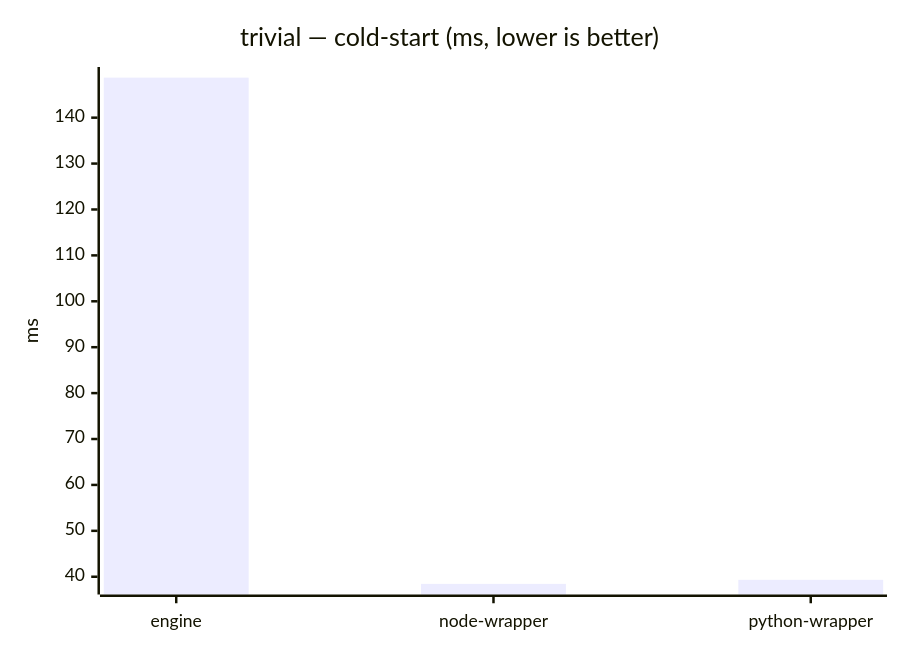
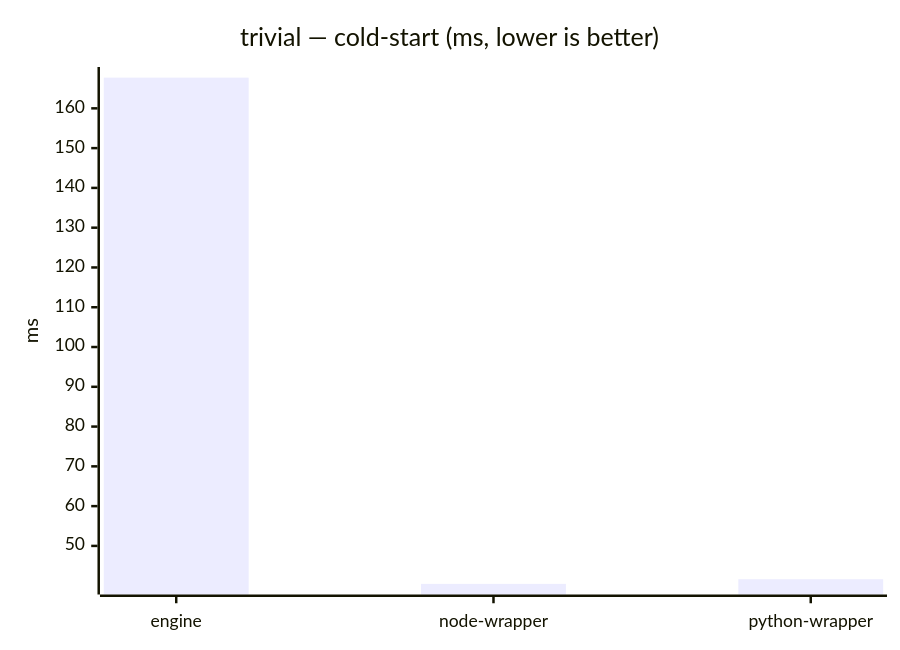
The first of 23 diagrams in benchmarks/report/RESULTS.md (mulesoft/data-weave-cli), drawn with Mermaid before and after one commit. The commit also changed other lines of this file, not shown here.

````diff
--- a/benchmarks/report/RESULTS.md
+++ b/benchmarks/report/RESULTS.md
@@ -48,7 +46,7 @@
 ```mermaid
 xychart-beta
     title "trivial — cold-start (ms, lower is better)"
     x-axis ["engine", "node-wrapper", "python-wrapper"]
     y-axis "ms"
-    bar [148.722, 38.445, 39.327]
+    bar [167.723, 40.456, 41.622]
 ```
````
